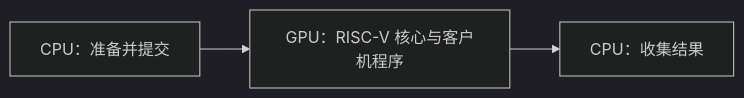
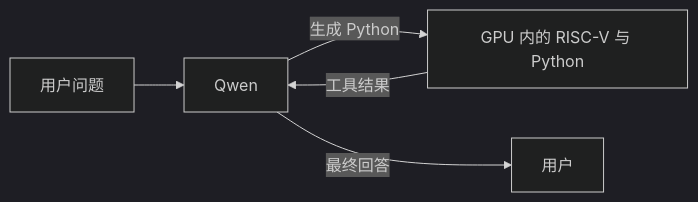
One commit to dttutty/RISCuda changed the diagram in README.zh-CN.md. Above: the diagram before and after it, drawn with Mermaid (dark theme). The commit also changed other lines of this file and 1 other file, not shown here.

Commit message:
docs: lead README with the recorded Qwen Python tool loop

````diff
--- a/README.zh-CN.md
+++ b/README.zh-CN.md
@@ -40,5 +45,7 @@
 ```mermaid
 flowchart LR
-    H[CPU：准备并提交] --> G[GPU：RISC-V 核心与客户机程序]
-    G --> R[CPU：收集结果]
+    U[用户问题] --> Q[Qwen]
+    Q -->|生成 Python| R[GPU 内的 RISC-V 与 Python]
+    R -->|工具结果| Q
+    Q -->|最终回答| A[用户]
 ```
````
